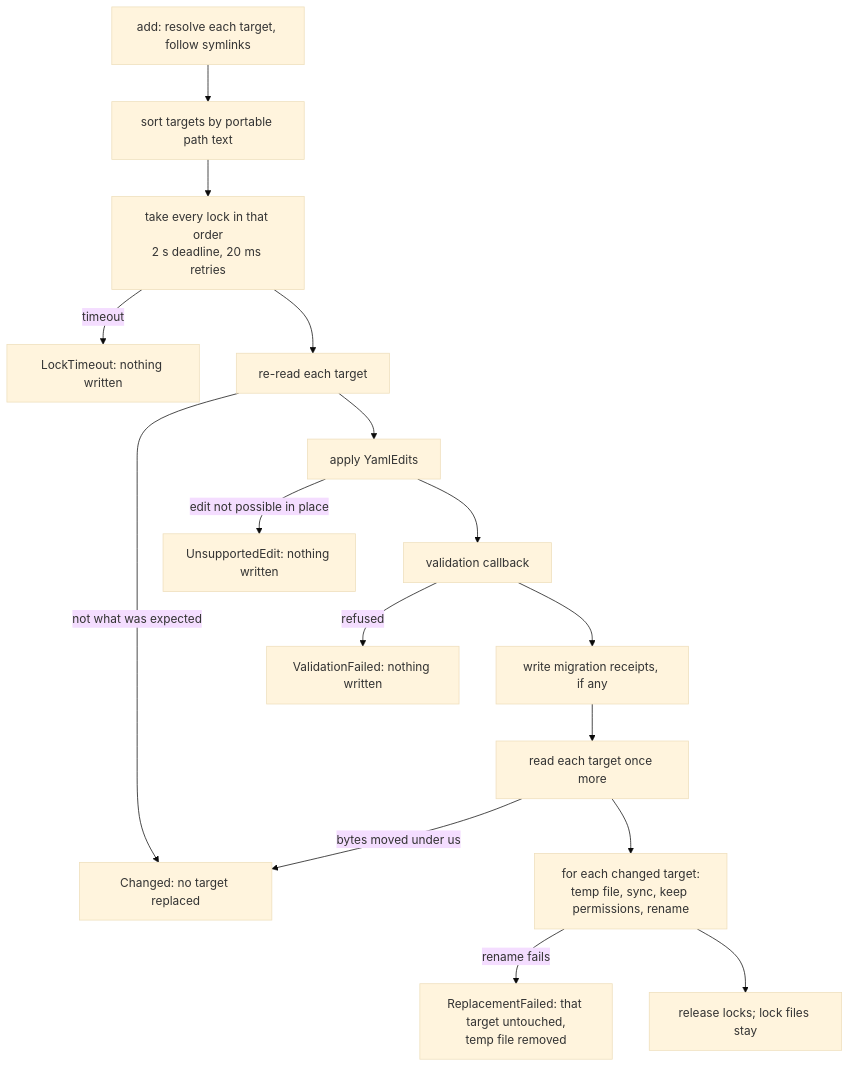
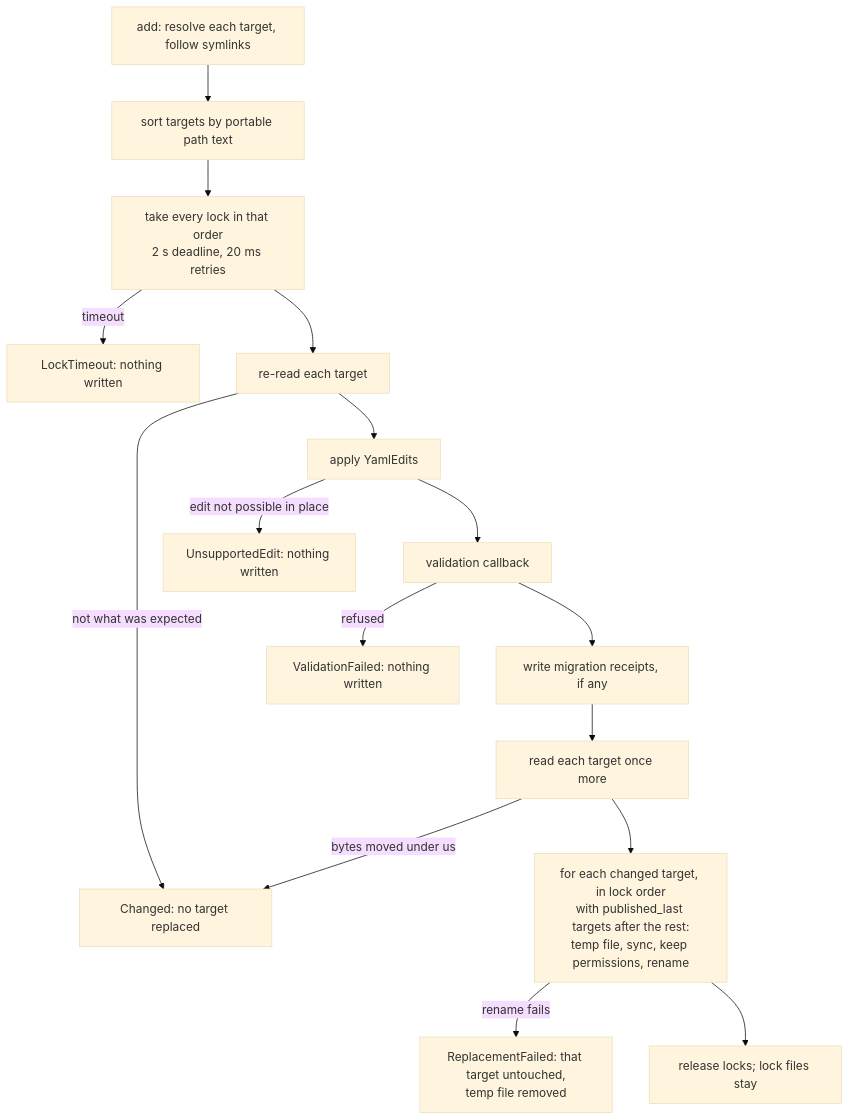
The first of 2 diagrams in darkmatter/docs/topics/config-writes.md (yankeeinlondon/rusty-biscuit), drawn with Mermaid (base theme) before and after one commit. The commit also changed other lines of this file and 53 other files, not shown here.

````diff
--- a/darkmatter/docs/topics/config-writes.md
+++ b/darkmatter/docs/topics/config-writes.md
@@ -80,18 +80,18 @@
 ```mermaid
 flowchart TD
     A[add: resolve each target, follow symlinks] --> B[sort targets by portable path text]
     B --> C[take every lock in that order<br/>2 s deadline, 20 ms retries]
     C -->|timeout| X[LockTimeout: nothing written]
     C --> D[re-read each target]
     D -->|not what was expected| Y[Changed: no target replaced]
     D --> E[apply YamlEdits]
     E -->|edit not possible in place| Z[UnsupportedEdit: nothing written]
     E --> F[validation callback]
     F -->|refused| V[ValidationFailed: nothing written]
     F --> G[write migration receipts, if any]
     G --> H[read each target once more]
     H -->|bytes moved under us| Y
-    H --> I[for each changed target:<br/>temp file, sync, keep permissions, rename]
+    H --> I[for each changed target, in lock order<br/>with published_last targets after the rest:<br/>temp file, sync, keep permissions, rename]
     I -->|rename fails| R[ReplacementFailed: that target untouched,<br/>temp file removed]
     I --> J[release locks; lock files stay]
 ```
````
